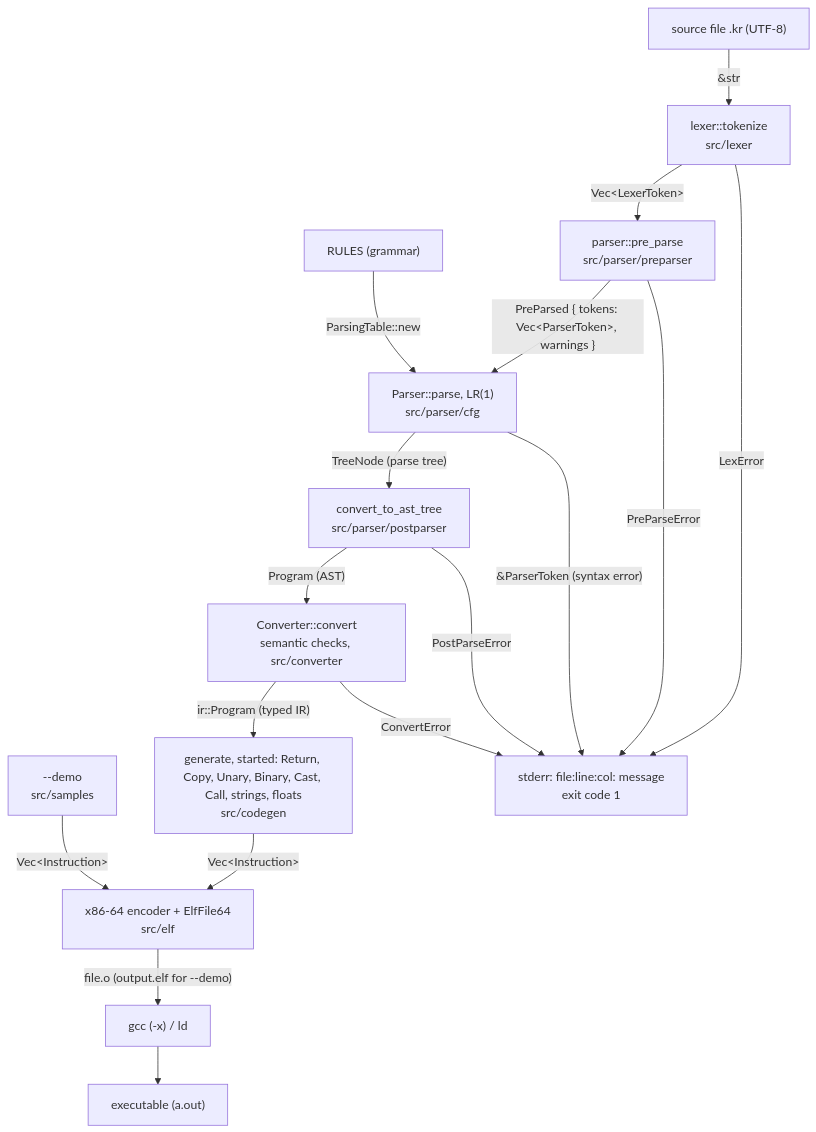
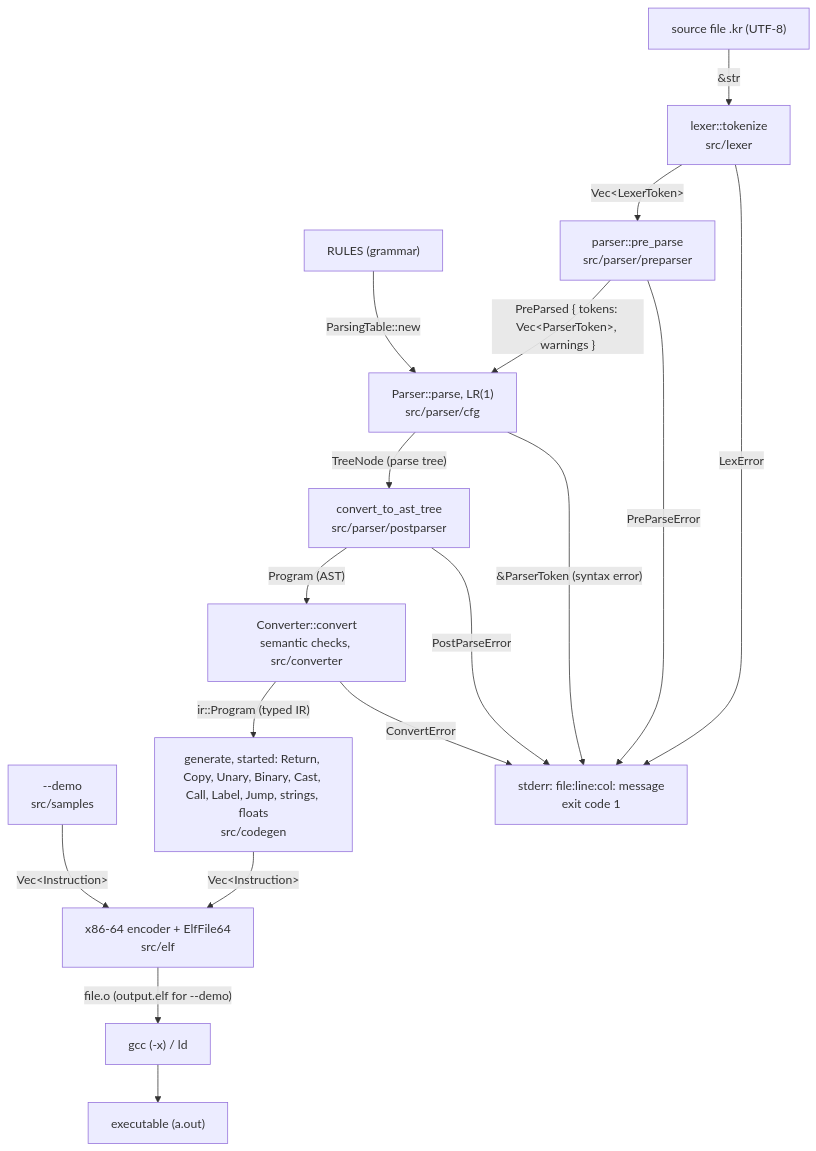
The diagram in README.md (Solype/CompilerRust), drawn with Mermaid before and after one commit. The commit also changed other lines of this file and 5 other files, not shown here.

Commit message:
feat(codegen): comparisons (cmp / ucomisd, setcc), Label to a LabelId per function in Context, Jump to jmp, JumpIfNot to cmp al, 0 ; je; samples 04 and 07 run

````diff
--- a/README.md
+++ b/README.md
@@ -45,20 +46,20 @@
 ```mermaid
 flowchart TD
     SRC["source file .kr (UTF-8)"] -->|"#amp;str"| LEX["lexer::tokenize<br/>src/lexer"]
     LEX -->|"Vec#lt;LexerToken#gt;"| PRE["parser::pre_parse<br/>src/parser/preparser"]
     PRE -->|"PreParsed { tokens: Vec#lt;ParserToken#gt;, warnings }"| PAR["Parser::parse, LR(1)<br/>src/parser/cfg"]
     RULES["RULES (grammar)"] -->|"ParsingTable::new"| PAR
     PAR -->|"TreeNode (parse tree)"| POST["convert_to_ast_tree<br/>src/parser/postparser"]
     POST -->|"Program (AST)"| CONV["Converter::convert<br/>semantic checks, src/converter"]
-    CONV -->|"ir::Program (typed IR)"| GEN["generate, started: Return, Copy, Unary, Binary, Cast, Call, strings, floats<br/>src/codegen"]
+    CONV -->|"ir::Program (typed IR)"| GEN["generate, started: Return, Copy, Unary, Binary, Cast, Call, Label, Jump, strings, floats<br/>src/codegen"]
     GEN -->|"Vec#lt;Instruction#gt;"| ELF["x86-64 encoder + ElfFile64<br/>src/elf"]
     DEMO["--demo<br/>src/samples"] -->|"Vec#lt;Instruction#gt;"| ELF
     ELF -->|"file.o (output.elf for --demo)"| LD["gcc (-x) / ld"]
     LD --> BIN["executable (a.out)"]
 
     LEX -->|"LexError"| ERR["stderr: file:line:col: message<br/>exit code 1"]
     PRE -->|"PreParseError"| ERR
     PAR -->|"#amp;ParserToken (syntax error)"| ERR
     POST -->|"PostParseError"| ERR
     CONV -->|"ConvertError"| ERR
 ```
````
